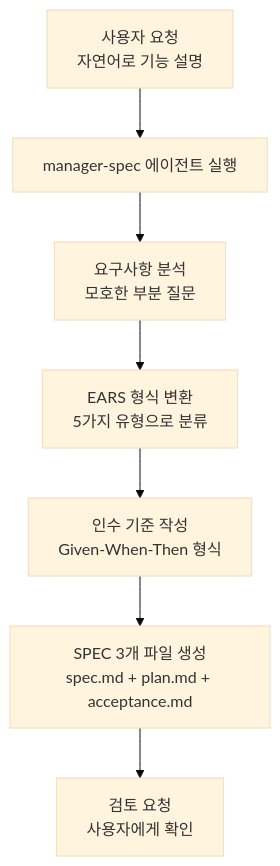
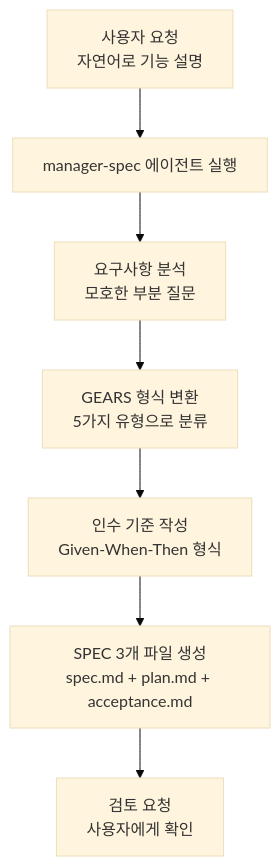
The fourth of 5 diagrams in docs-site/content/ko/core-concepts/spec-based-dev.md (modu-ai/moai-adk), drawn with Mermaid (base theme) before and after one commit. The commit also changed other lines of this file and 10 other files, not shown here.

````diff
--- a/docs-site/content/ko/core-concepts/spec-based-dev.md
+++ b/docs-site/content/ko/core-concepts/spec-based-dev.md
@@ -355,9 +365,9 @@
 ```mermaid
 flowchart TD
     A["사용자 요청\n자연어로 기능 설명"] --> B["manager-spec 에이전트 실행"]
     B --> C["요구사항 분석\n모호한 부분 질문"]
-    C --> D["EARS 형식 변환\n5가지 유형으로 분류"]
+    C --> D["GEARS 형식 변환\n5가지 유형으로 분류"]
     D --> E["인수 기준 작성\nGiven-When-Then 형식"]
     E --> F["SPEC 3개 파일 생성\nspec.md + plan.md + acceptance.md"]
     F --> G["검토 요청\n사용자에게 확인"]
 ```
````
